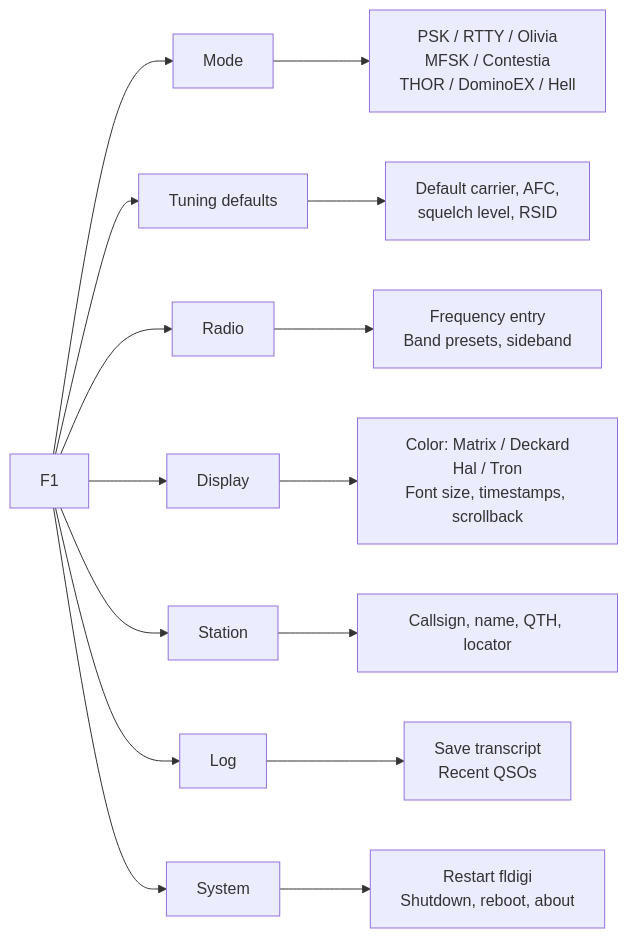
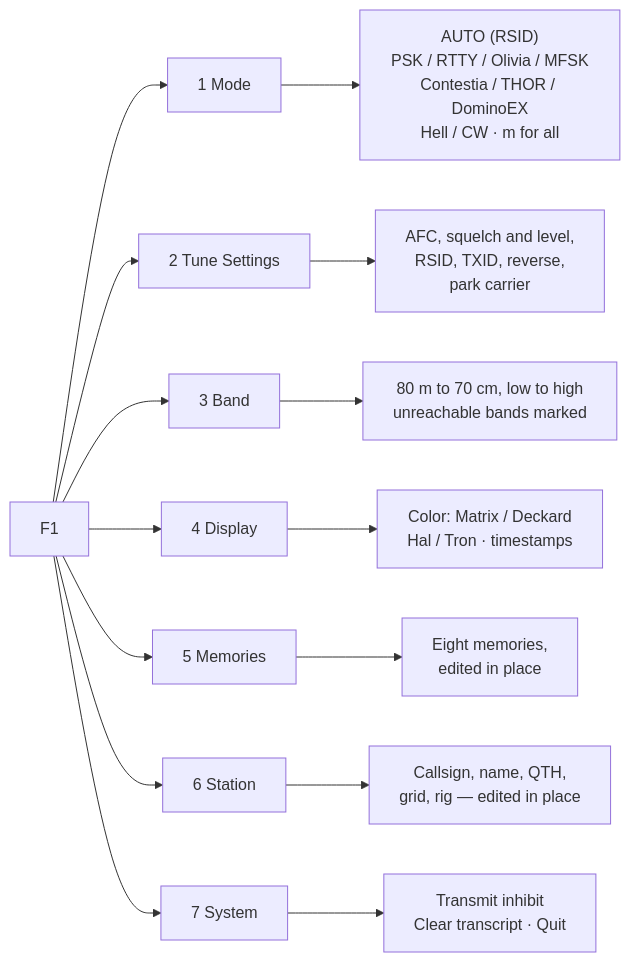
The second of 2 diagrams in docs/design_doc.md (hatandspecs/keyboard-to-keyboard-cyberdeck), drawn with Mermaid before and after one commit. The commit also changed other lines of this file and 26 other files, not shown here.

````diff
--- a/docs/design_doc.md
+++ b/docs/design_doc.md
@@ -357,17 +406,17 @@
 ```mermaid
 flowchart LR
-  F1["F1"] --> M1["Mode"]
-  F1 --> M2["Tuning defaults"]
-  F1 --> M3["Radio"]
-  F1 --> M4["Display"]
-  F1 --> M5["Station"]
-  F1 --> M6["Log"]
-  F1 --> M7["System"]
-  M1 --> M1a["PSK / RTTY / Olivia<br/>MFSK / Contestia<br/>THOR / DominoEX / Hell"]
-  M2 --> M2a["Default carrier, AFC,<br/>squelch level, RSID"]
-  M3 --> M3a["Frequency entry<br/>Band presets, sideband"]
-  M4 --> M4a["Color: Matrix / Deckard<br/>Hal / Tron<br/>Font size, timestamps, scrollback"]
-  M5 --> M5a["Callsign, name, QTH, locator"]
-  M6 --> M6a["Save transcript<br/>Recent QSOs"]
-  M7 --> M7a["Restart fldigi<br/>Shutdown, reboot, about"]
+  F1["F1"] --> M1["1 Mode"]
+  F1 --> M2["2 Tune Settings"]
+  F1 --> M3["3 Band"]
+  F1 --> M4["4 Display"]
+  F1 --> M5["5 Memories"]
+  F1 --> M6["6 Station"]
+  F1 --> M7["7 System"]
+  M1 --> M1a["AUTO (RSID)<br/>PSK / RTTY / Olivia / MFSK<br/>Contestia / THOR / DominoEX<br/>Hell / CW · m for all"]
+  M2 --> M2a["AFC, squelch and level,<br/>RSID, TXID, reverse,<br/>park carrier"]
+  M3 --> M3a["80 m to 70 cm, low to high<br/>unreachable bands marked"]
+  M4 --> M4a["Color: Matrix / Deckard<br/>Hal / Tron · timestamps"]
+  M5 --> M5a["Eight memories,<br/>edited in place"]
+  M6 --> M6a["Callsign, name, QTH,<br/>grid, rig — edited in place"]
+  M7 --> M7a["Transmit inhibit<br/>Clear transcript · Quit"]
 ```
````
